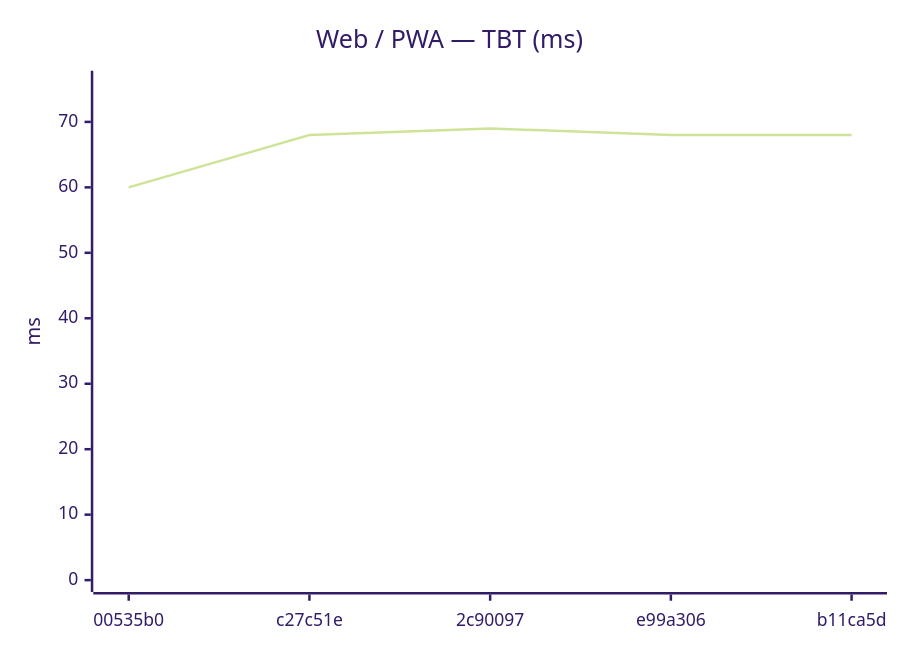
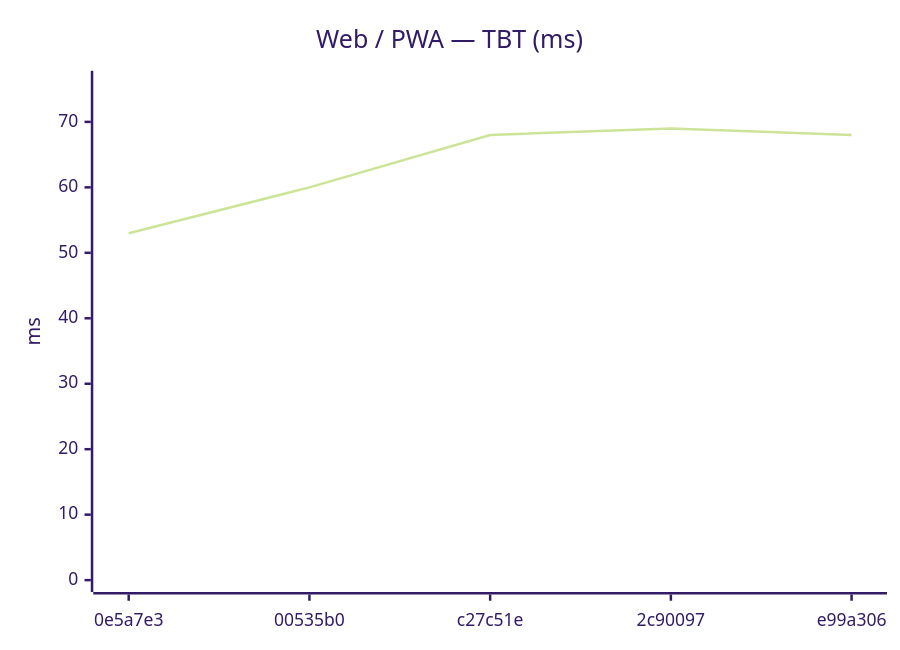
Before and after one commit to Metaheurist/Rianell: the tenth of 24 diagrams in benchmarks/compare.md, drawn with Mermaid (forest theme). The commit also changed other lines of this file and 12 other files, not shown here.

````diff
--- a/benchmarks/compare.md
+++ b/benchmarks/compare.md
@@ -131,7 +135,7 @@
 ```mermaid
 xychart-beta
     title "Web / PWA — TBT (ms)"
-    x-axis ["00535b0", "c27c51e", "2c90097", "e99a306", "b11ca5d"]
+    x-axis ["0e5a7e3", "00535b0", "c27c51e", "2c90097", "e99a306"]
     y-axis "ms" 0 --> 76
-    line [60, 68, 69, 68, 68]
+    line [53, 60, 68, 69, 68]
 ```
````
